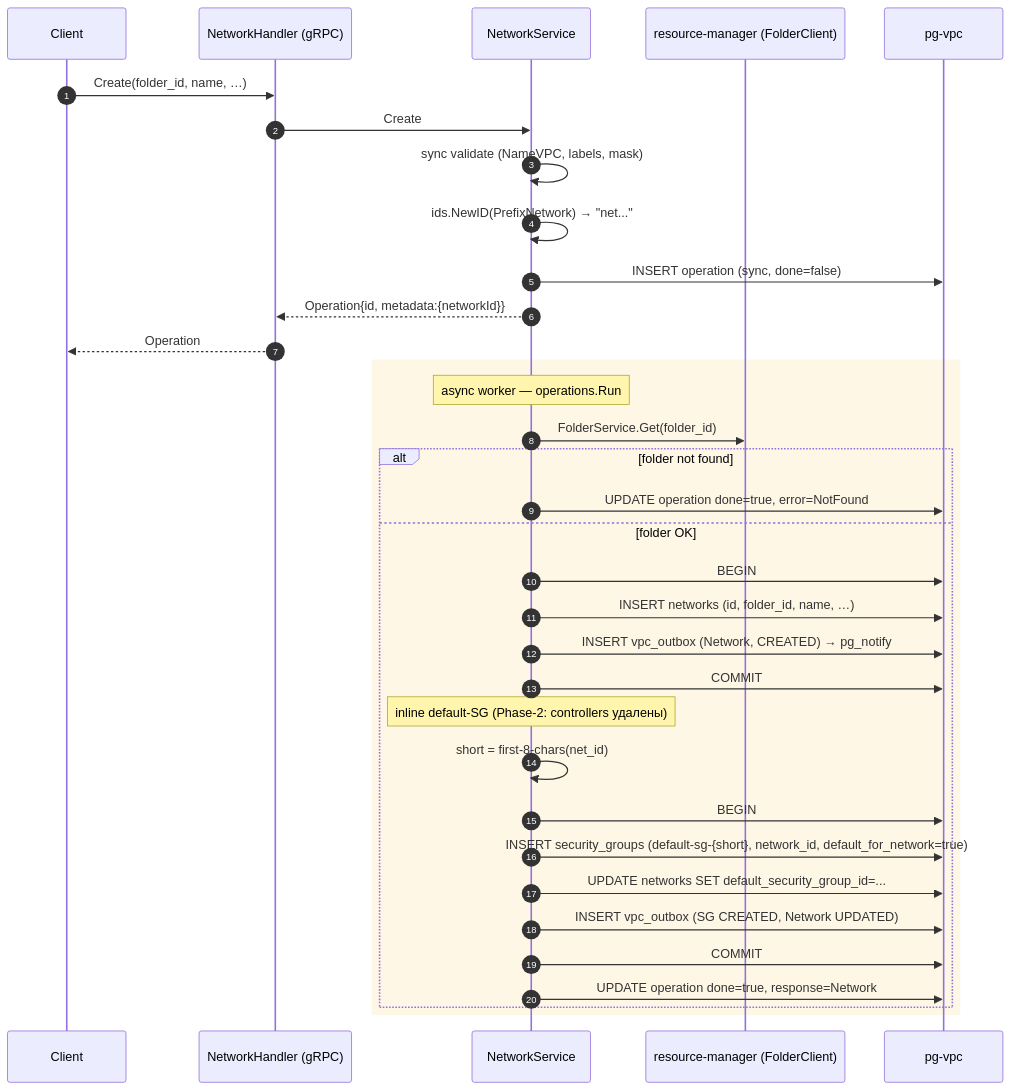
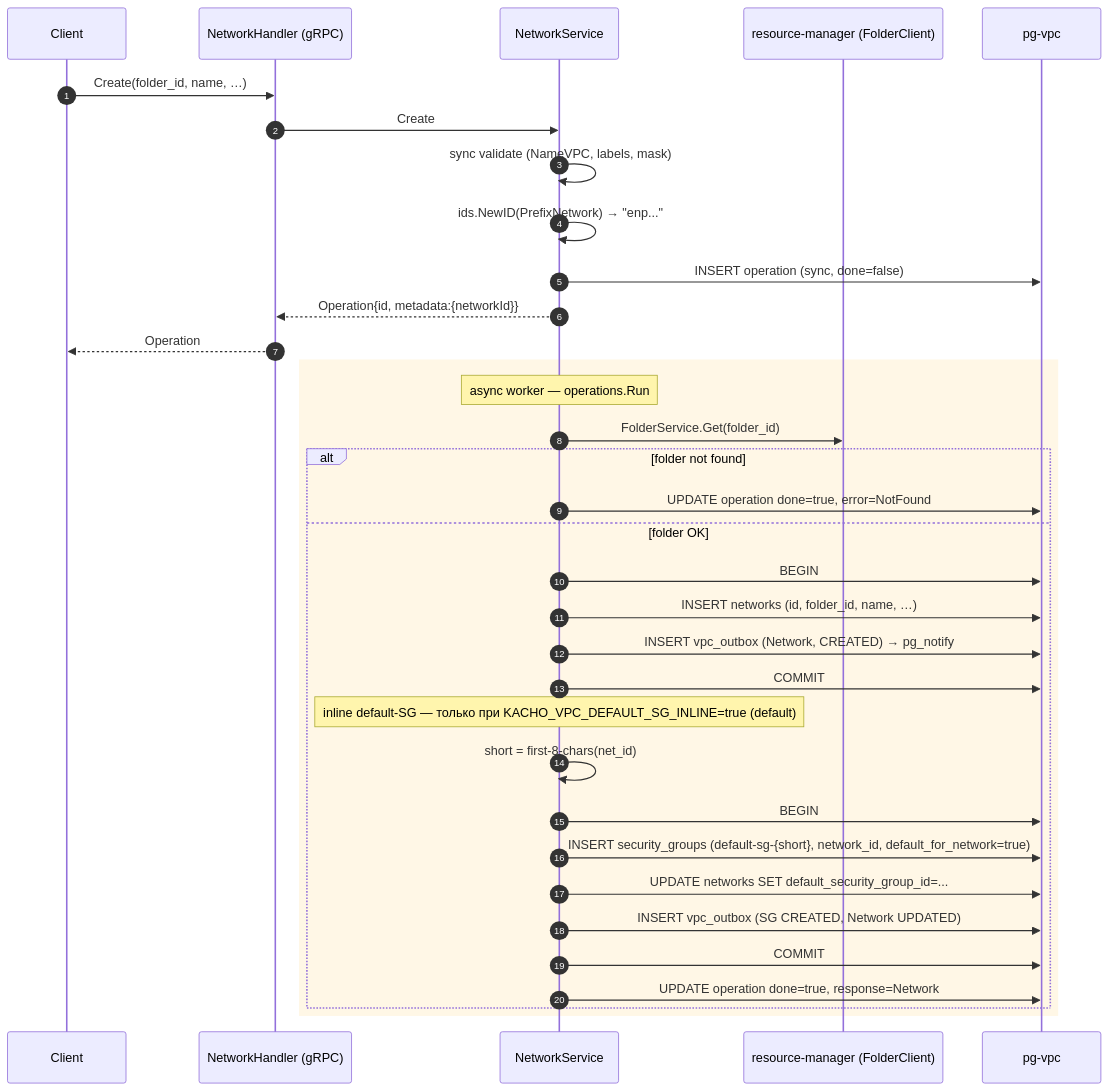
Before and after one commit to PRO-Robotech/kacho-vpc: the first of 9 diagrams in docs/architecture/02-data-flows.md, drawn with Mermaid. The commit also changed other lines of this file and 10 other files, not shown here.

````diff
--- a/docs/architecture/02-data-flows.md
+++ b/docs/architecture/02-data-flows.md
@@ -20,40 +20,40 @@
 ```mermaid
 sequenceDiagram
   autonumber
   participant U as Client
   participant H as NetworkHandler (gRPC)
   participant S as NetworkService
   participant RM as resource-manager (FolderClient)
   participant DB as pg-vpc
 
   U->>H: Create(folder_id, name, …)
   H->>S: Create
   S->>S: sync validate (NameVPC, labels, mask)
-  S->>S: ids.NewID(PrefixNetwork) → "net..."
+  S->>S: ids.NewID(PrefixNetwork) → "enp..."
   S->>DB: INSERT operation (sync, done=false)
   S-->>H: Operation{id, metadata:{networkId}}
   H-->>U: Operation
 
   rect rgb(255,247,230)
   Note over S: async worker — operations.Run
   S->>RM: FolderService.Get(folder_id)
   alt folder not found
     S->>DB: UPDATE operation done=true, error=NotFound
   else folder OK
     S->>DB: BEGIN
     S->>DB: INSERT networks (id, folder_id, name, …)
     S->>DB: INSERT vpc_outbox (Network, CREATED) → pg_notify
     S->>DB: COMMIT
 
-    Note over S: inline default-SG (Phase-2: controllers удалены)
+    Note over S: inline default-SG — только при KACHO_VPC_DEFAULT_SG_INLINE=true (default)
     S->>S: short = first-8-chars(net_id)
     S->>DB: BEGIN
     S->>DB: INSERT security_groups (default-sg-{short}, network_id, default_for_network=true)
     S->>DB: UPDATE networks SET default_security_group_id=...
     S->>DB: INSERT vpc_outbox (SG CREATED, Network UPDATED)
     S->>DB: COMMIT
 
     S->>DB: UPDATE operation done=true, response=Network
   end
   end
 ```
````
